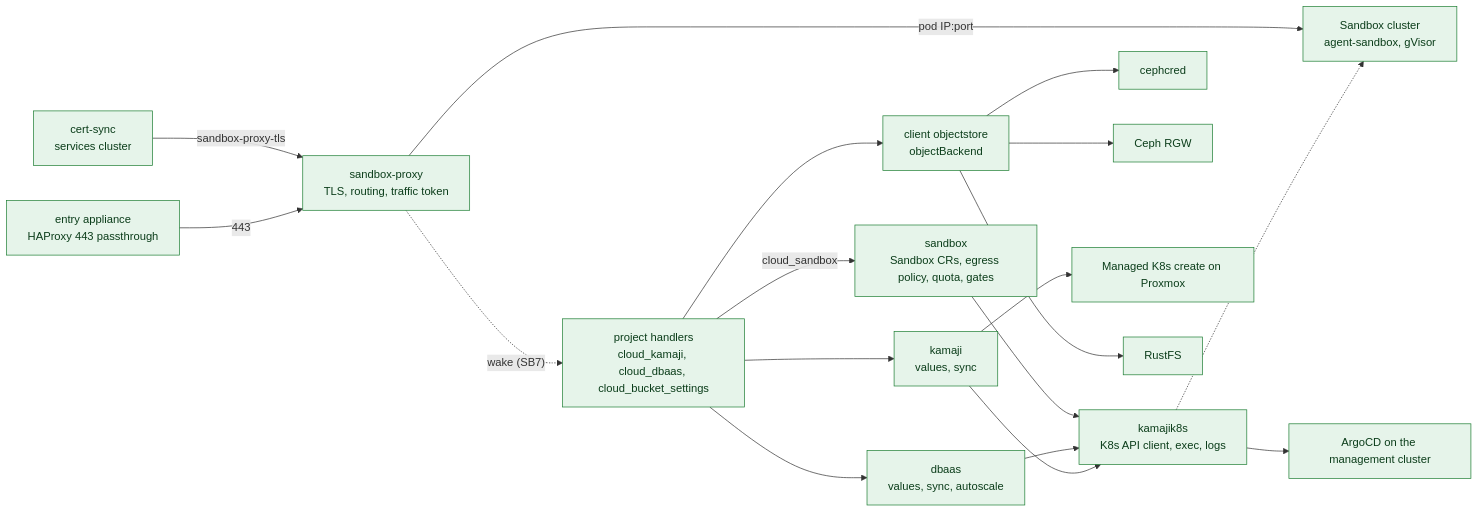
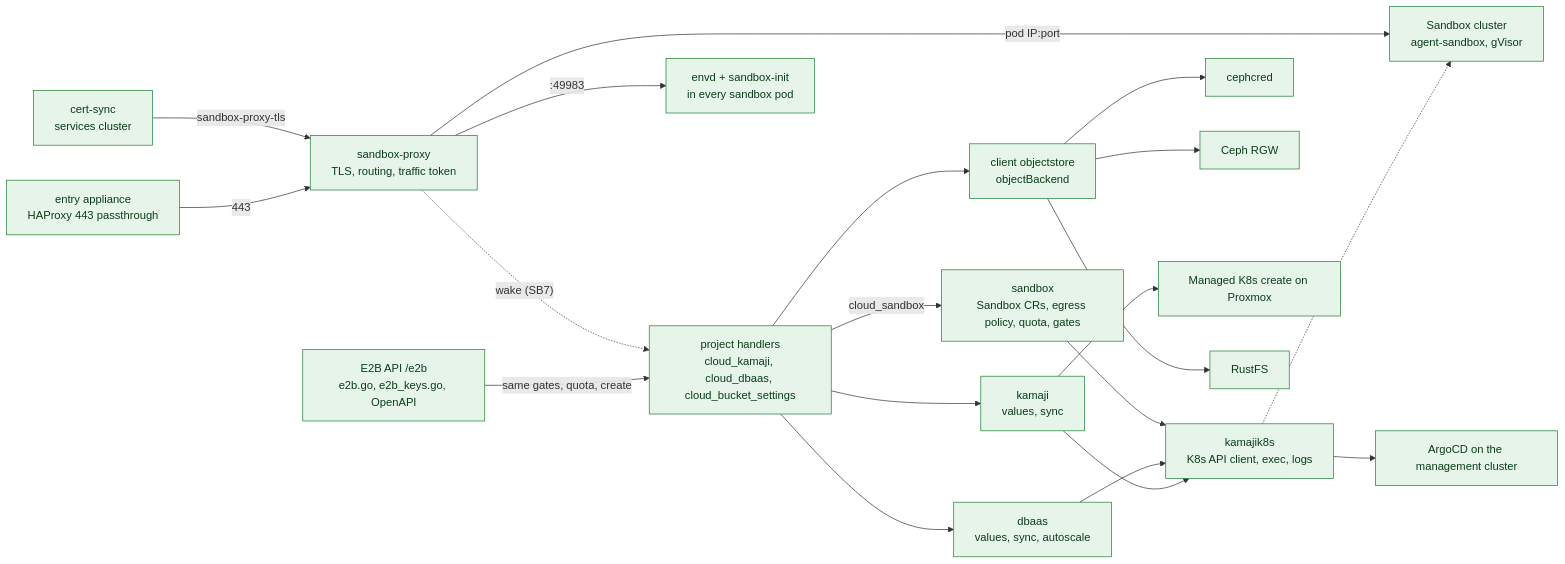
The fifth of 5 diagrams in docs/architecture/c4/c3-components.md (mutex-solutions/proxcloud), drawn with Mermaid before and after one commit. The commit also changed other lines of this file and 43 other files, not shown here.

First line of the commit message:
feat(sandbox): E2B-compatible API and sandbox API keys (SB5)

````diff
--- a/docs/architecture/c4/c3-components.md
+++ b/docs/architecture/c4/c3-components.md
@@ -281,39 +281,43 @@
 ```mermaid
 flowchart LR
   classDef impl fill:#e6f4ea,stroke:#1e7e34,color:#0b3d1a
   classDef planned fill:#f2f2f2,stroke:#8a8a8a,stroke-dasharray:5 5,color:#555555
 
   ph["project handlers<br/>cloud_kamaji, cloud_dbaas, cloud_bucket_settings"]:::impl
   kam["kamaji<br/>values, sync"]:::impl
   dba["dbaas<br/>values, sync, autoscale"]:::impl
   k8s["kamajik8s<br/>K8s API client, exec, logs"]:::impl
   sbx["sandbox<br/>Sandbox CRs, egress policy, quota, gates"]:::impl
   sbxc["Sandbox cluster<br/>agent-sandbox, gVisor"]:::impl
   sbxp["sandbox-proxy<br/>TLS, routing, traffic token"]:::impl
   sbxe["entry appliance<br/>HAProxy 443 passthrough"]:::impl
+  e2b["E2B API /e2b<br/>e2b.go, e2b_keys.go, OpenAPI"]:::impl
+  envd["envd + sandbox-init<br/>in every sandbox pod"]:::impl
   csync["cert-sync<br/>services cluster"]:::impl
   obj["client objectstore<br/>objectBackend"]:::impl
   ccred["cephcred"]:::impl
   argo["ArgoCD on the management cluster"]:::impl
   rgw["Ceph RGW"]:::impl
   pvek8s["Managed K8s create on Proxmox"]:::impl
   rustfs["RustFS"]:::impl
 
   ph --> kam
   ph --> dba
   ph --> obj
   kam --> k8s
   dba --> k8s
   k8s --> argo
   obj --> ccred
   obj --> rgw
   kam --> pvek8s
   obj --> rustfs
   ph -->|cloud_sandbox| sbx
+  e2b -->|"same gates, quota, create"| ph
+  sbxp -->|":49983"| envd
   sbx --> k8s
   k8s -.-> sbxc
   sbxe -->|443| sbxp
   sbxp -->|"pod IP:port"| sbxc
   csync -->|"sandbox-proxy-tls"| sbxp
   sbxp -.->|"wake (SB7)"| ph
 ```
````
